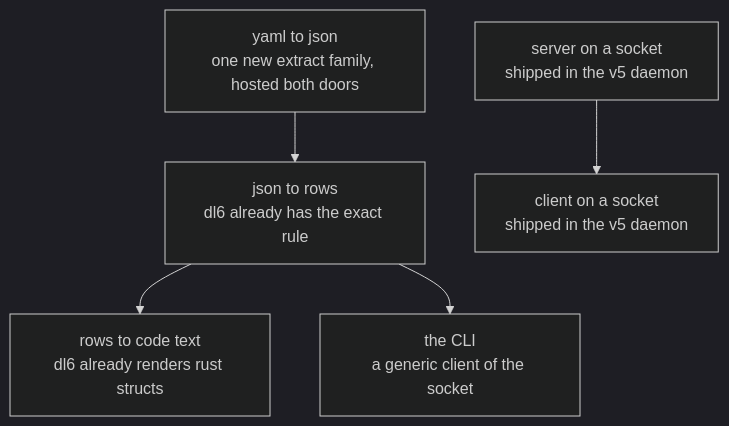
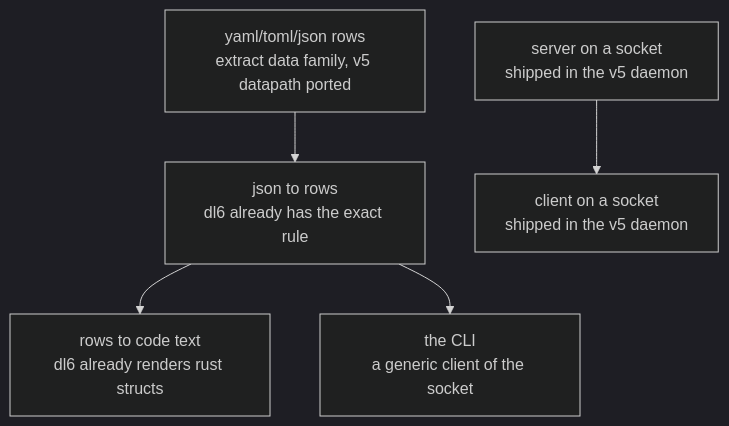
One commit to hafley66/sprefa changed the third of 5 diagrams in plans/2026-08-17-openapi-clap-uds.PLAN.visual.human.unga.md. Above: the diagram before and after it, drawn with Mermaid (dark theme). The commit also changed other lines of this file and 1 other file, not shown here.

Commit message:
plan: data family (json/yaml/toml) in sprefa-extract, v5 datapath plane, hosted both doors

````diff
--- a/plans/2026-08-17-openapi-clap-uds.PLAN.visual.human.unga.md
+++ b/plans/2026-08-17-openapi-clap-uds.PLAN.visual.human.unga.md
@@ -46,12 +46,12 @@
 ```mermaid
 flowchart TD
-  A["yaml to json<br/>one new extract family, hosted both doors"]
+  A["yaml/toml/json rows<br/>extract data family, v5 datapath ported"]
   B["json to rows<br/>dl6 already has the exact rule"]
   C["rows to code text<br/>dl6 already renders rust structs"]
   D["server on a socket<br/>shipped in the v5 daemon"]
   E["client on a socket<br/>shipped in the v5 daemon"]
   F["the CLI<br/>a generic client of the socket"]
   A --> B --> C
   B --> F
   D --> E
 ```
````
